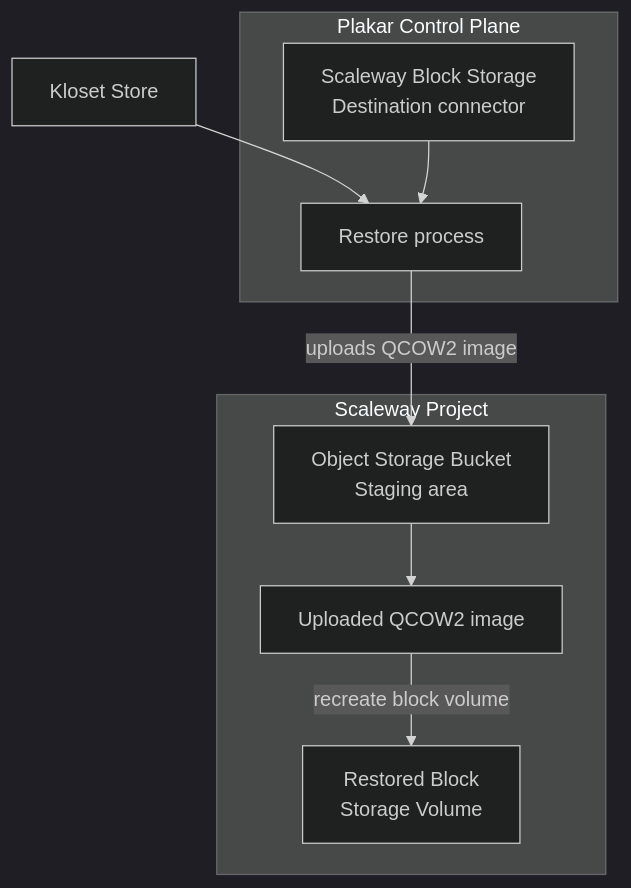
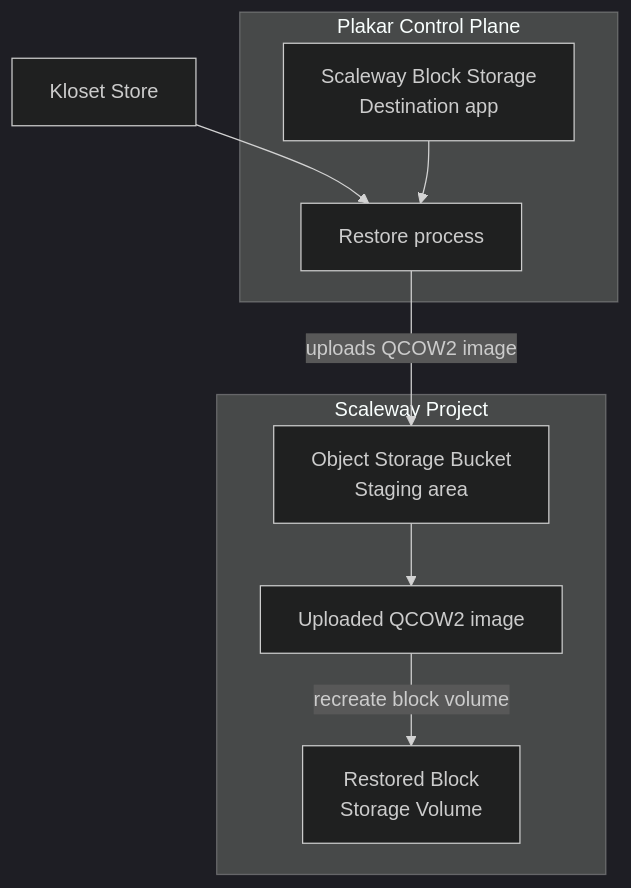
Before and after one commit to PlakarKorp/plakar.io: the second of 2 diagrams in content/docs/control-plane/resources/block-storage/scaleway.md, drawn with Mermaid (dark theme). The commit also changed other lines of this file and 53 other files, not shown here.

```diff
--- a/content/docs/control-plane/resources/block-storage/scaleway.md
+++ b/content/docs/control-plane/resources/block-storage/scaleway.md
@@ -61,22 +61,22 @@
 {{< mermaid >}}
 flowchart TD
   Store["Kloset Store"]
 
   subgraph Plakar["Plakar Control Plane"]
-    Destination["Scaleway Block Storage<br/>Destination connector"]
+    Destination["Scaleway Block Storage<br/>Destination app"]
     Restore["Restore process"]
   end
 
   subgraph Scaleway["Scaleway Project"]
     Bucket["Object Storage Bucket<br/>Staging area"]
     Image["Uploaded QCOW2 image"]
     Volume["Restored Block <br> Storage Volume"]
   end
 
   Store --> Restore
   Destination --> Restore
 
   Restore -->|"uploads QCOW2 image"| Bucket
   Bucket --> Image
   Image -->|"recreate block volume"| Volume
 {{< /mermaid >}}
```
